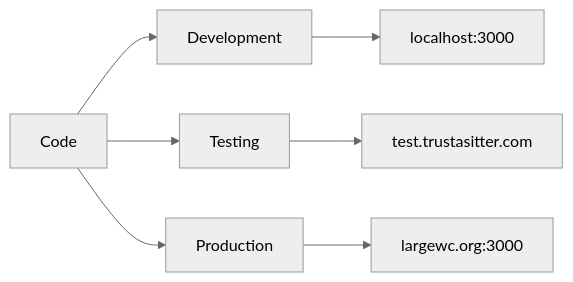
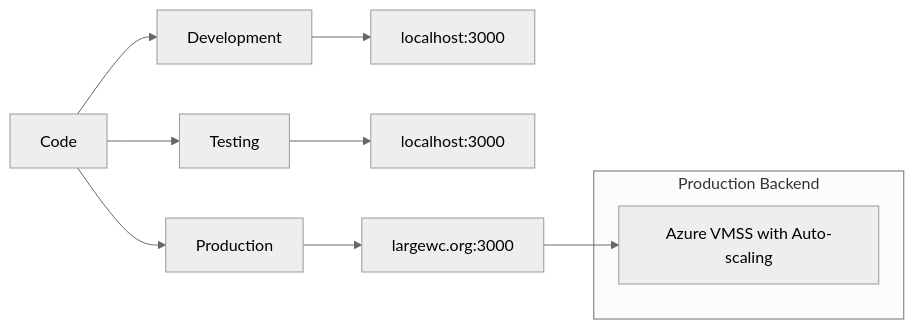
One commit to LargeWC-Code/TrustaSitter changed the fifth of 5 diagrams in CI_CD_DIAGRAMS.md. Above: the diagram before and after it, drawn with Mermaid (neutral theme). The commit also changed other lines of this file, not shown here.

Commit message:
changed: diagram

````diff
--- a/CI_CD_DIAGRAMS.md
+++ b/CI_CD_DIAGRAMS.md
@@ -77,10 +88,16 @@
 ```mermaid
 graph LR
     A[Code] --> B[Development]
     A --> C[Testing]
     A --> D[Production]
     
     B --> E[localhost:3000]
-    C --> F[test.trustasitter.com]
+    C --> F[localhost:3000]
     D --> G[largewc.org:3000]
+    
+    subgraph "Production Backend"
+        H[Azure VMSS with Auto-scaling]
+    end
+    
+    G --> H
 ``` 
````
